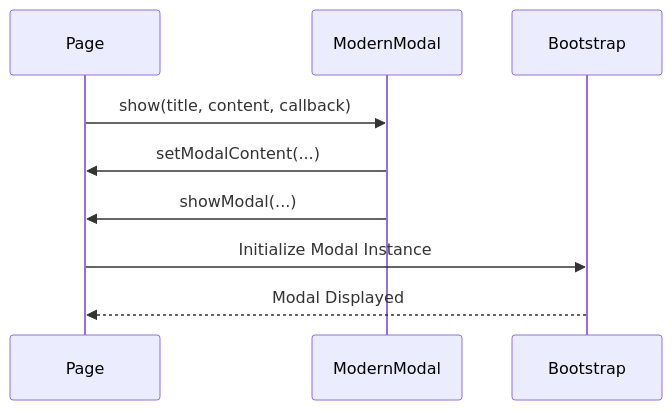
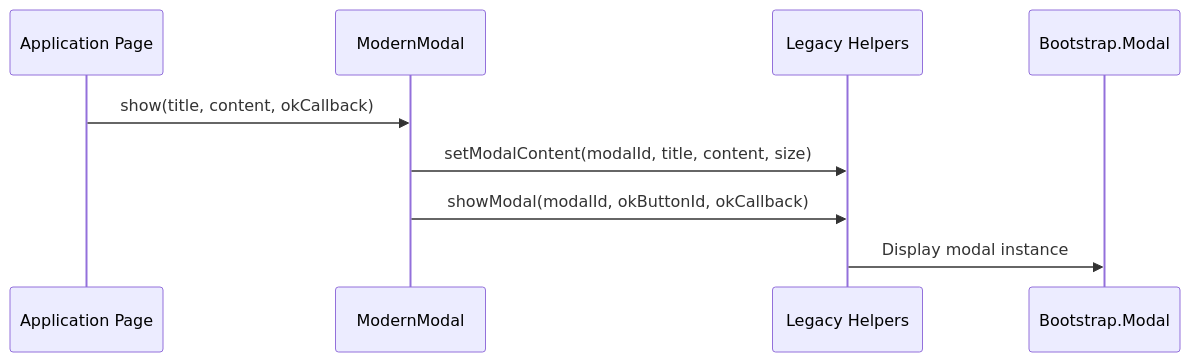
One commit to Ylianst/MeshCentral changed the second of 7 diagrams in docs/reference/architecture/ui-components/ui-components.md. Above: the diagram before and after it, drawn with Mermaid. The commit also changed other lines of this file and 642 other files, not shown here.

````diff
--- a/docs/reference/architecture/ui-components/ui-components.md
+++ b/docs/reference/architecture/ui-components/ui-components.md
@@ -111,12 +70,12 @@
 ```mermaid
 sequenceDiagram
-    participant Page
-    participant ModernModal
-    participant Bootstrap
+    participant Page as Application Page
+    participant Modal as ModernModal
+    participant Legacy as Legacy Helpers
+    participant Bootstrap as Bootstrap.Modal
 
-    Page->>ModernModal: show(title, content, callback)
-    ModernModal->>Page: setModalContent(...)
-    ModernModal->>Page: showModal(...)
-    Page->>Bootstrap: Initialize Modal Instance
-    Bootstrap-->>Page: Modal Displayed
+    Page->>Modal: show(title, content, okCallback)
+    Modal->>Legacy: setModalContent(modalId, title, content, size)
+    Modal->>Legacy: showModal(modalId, okButtonId, okCallback)
+    Legacy->>Bootstrap: Display modal instance
 ```
````
